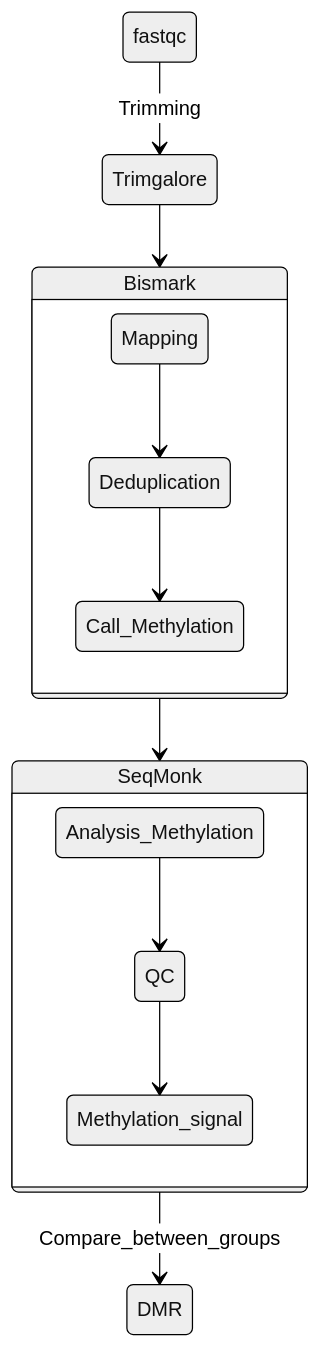
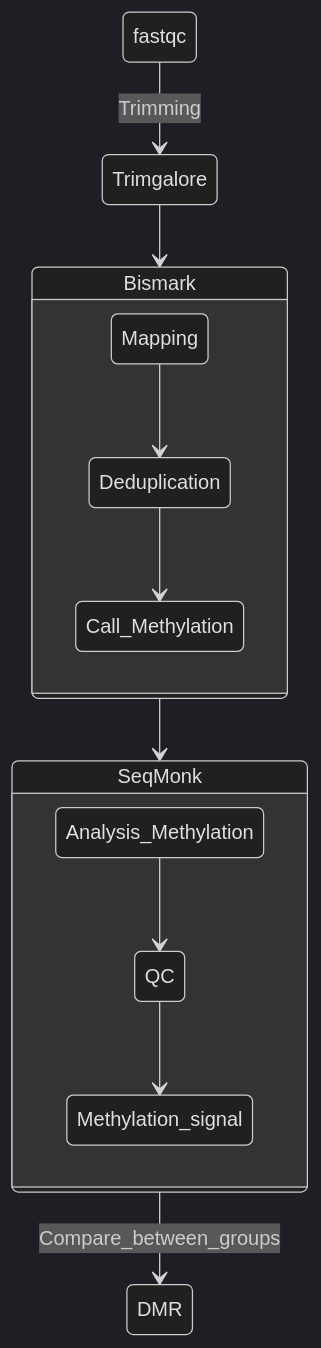
The diagram in README.md (wzuhou/WCS_BSseq_codes), drawn with Mermaid before and after one commit. The commit also changed other lines of this file, not shown here.

````diff
--- a/README.md
+++ b/README.md
@@ -8,16 +10,16 @@
 ```mermaid
-%%{init: {'theme':'neutral'}}%%
+%%{init: {'theme':'dark'}}%%
 stateDiagram-v2
     fastqc --> Trimgalore : Trimming
     Trimgalore --> Bismark
     state Bismark{
     Mapping --> Deduplication
     Deduplication --> Call_Methylation
     }
     Bismark --> SeqMonk
     state SeqMonk {
     Analysis_Methylation --> QC
     QC --> Methylation_signal
     }
     SeqMonk --> DMR :Compare_between_groups
 ```
````
